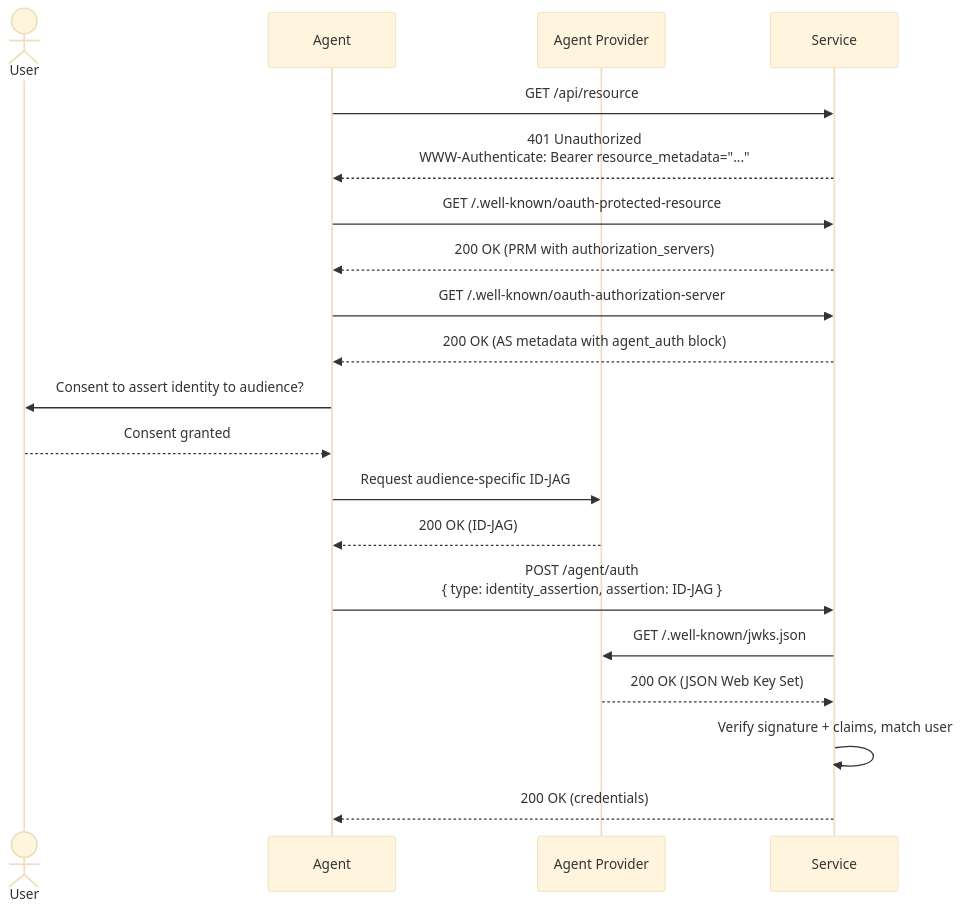
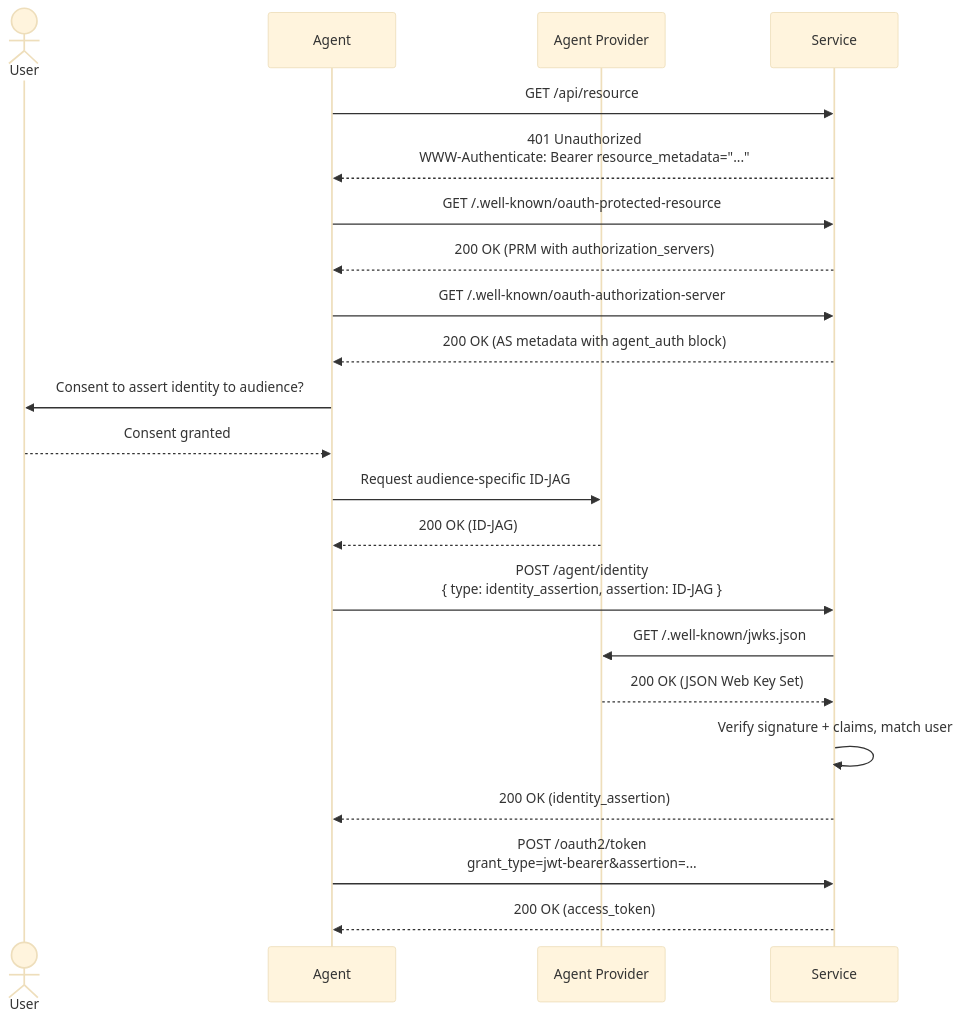
Before and after one commit to timothybrush/auth.md: the first of 3 diagrams in agent-services/README.md, drawn with Mermaid (base theme). The commit also changed other lines of this file and 15 other files, not shown here.

First line of the commit message:
Split identity and token endpoints

````diff
--- a/agent-services/README.md
+++ b/agent-services/README.md
@@ -19,27 +19,30 @@
 ```mermaid
 sequenceDiagram
     actor User
     participant Agent
     participant Provider as Agent Provider
     participant Service
 
     Agent->>Service: GET /api/resource
     Service-->>Agent: 401 Unauthorized<br/>WWW-Authenticate: Bearer resource_metadata="..."
 
     Agent->>Service: GET /.well-known/oauth-protected-resource
     Service-->>Agent: 200 OK (PRM with authorization_servers)
     Agent->>Service: GET /.well-known/oauth-authorization-server
     Service-->>Agent: 200 OK (AS metadata with agent_auth block)
 
     Agent->>User: Consent to assert identity to audience?
     User-->>Agent: Consent granted
 
     Agent->>Provider: Request audience-specific ID-JAG
     Provider-->>Agent: 200 OK (ID-JAG)
 
-    Agent->>Service: POST /agent/auth<br/>{ type: identity_assertion, assertion: ID-JAG }
+    Agent->>Service: POST /agent/identity<br/>{ type: identity_assertion, assertion: ID-JAG }
     Service->>Provider: GET /.well-known/jwks.json
     Provider-->>Service: 200 OK (JSON Web Key Set)
     Service->>Service: Verify signature + claims, match user
-    Service-->>Agent: 200 OK (credentials)
+    Service-->>Agent: 200 OK (identity_assertion)
+
+    Agent->>Service: POST /oauth2/token<br/>grant_type=jwt-bearer&assertion=...
+    Service-->>Agent: 200 OK (access_token)
 ```
````
